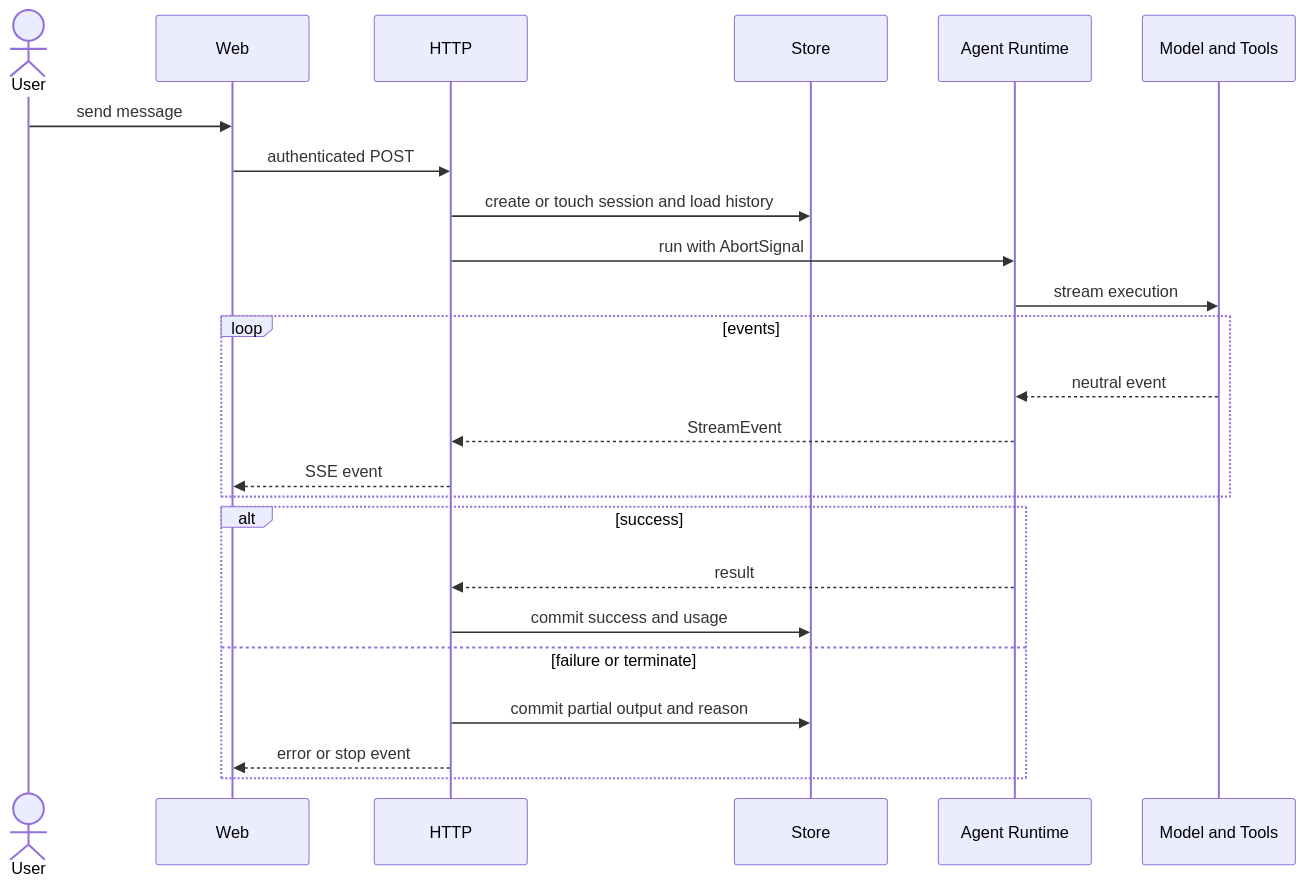
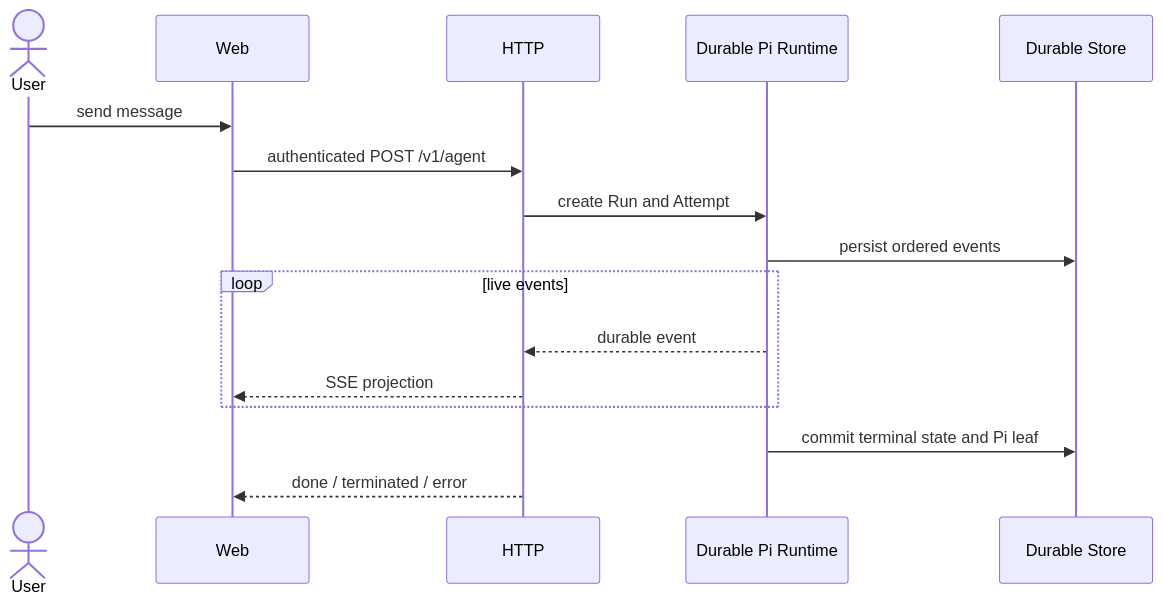
The diagram in docs/design/09-api-and-web.md (Wpxknight/agentdemo), drawn with Mermaid before and after one commit. The commit also changed other lines of this file and 4 other files, not shown here.

````diff
--- a/docs/design/09-api-and-web.md
+++ b/docs/design/09-api-and-web.md
@@ -53,27 +26,19 @@
-~~~mermaid
+```mermaid
 sequenceDiagram
   actor U as User
   participant W as Web
   participant H as HTTP
-  participant S as Store
-  participant A as Agent Runtime
-  participant M as Model and Tools
+  participant R as Durable Pi Runtime
+  participant D as Durable Store
 
   U->>W: send message
-  W->>H: authenticated POST
-  H->>S: create or touch session and load history
-  H->>A: run with AbortSignal
-  A->>M: stream execution
-  loop events
-    M-->>A: neutral event
-    A-->>H: StreamEvent
-    H-->>W: SSE event
+  W->>H: authenticated POST /v1/agent
+  H->>R: create Run and Attempt
+  R->>D: persist ordered events
+  loop live events
+    R-->>H: durable event
+    H-->>W: SSE projection
   end
-  alt success
-    A-->>H: result
-    H->>S: commit success and usage
-  else failure or terminate
-    H->>S: commit partial output and reason
-    H-->>W: error or stop event
-  end
-~~~
+  R->>D: commit terminal state and Pi leaf
+  H-->>W: done / terminated / error
+```
````
